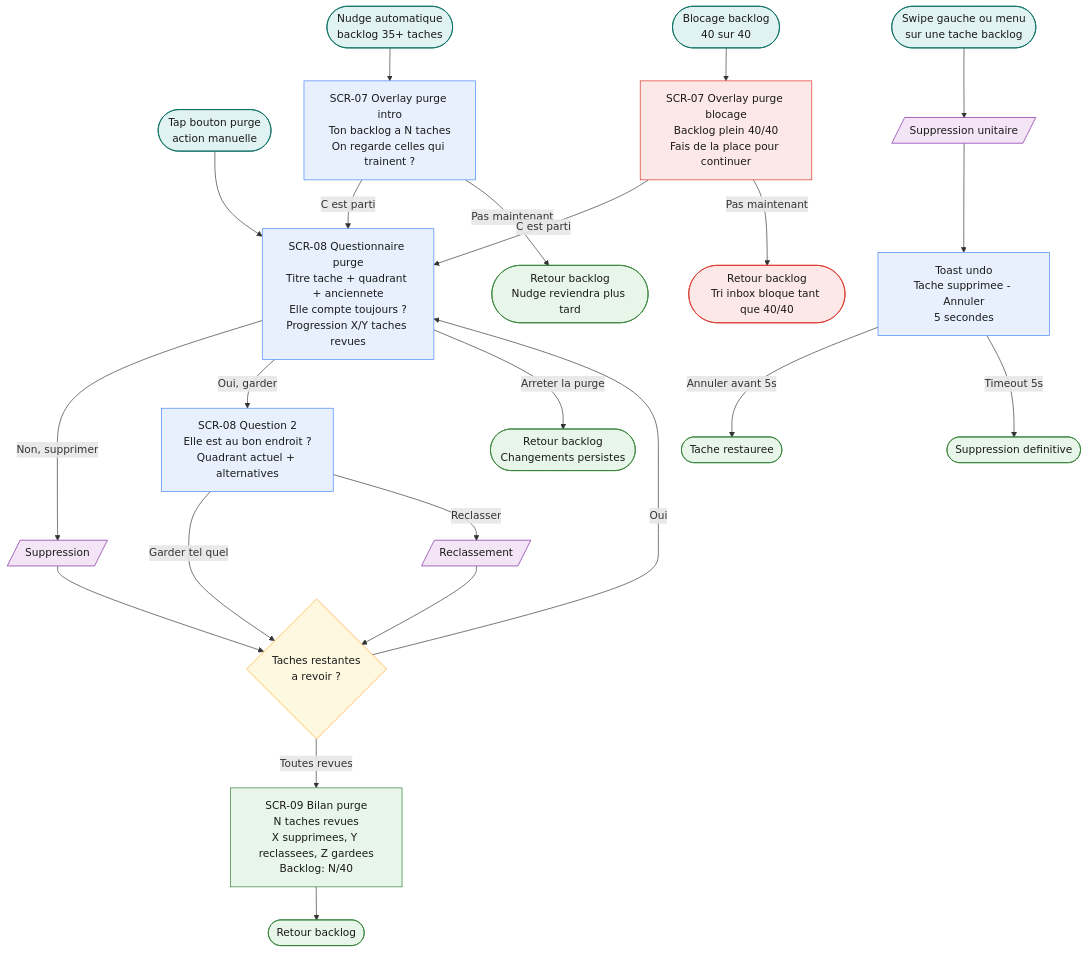
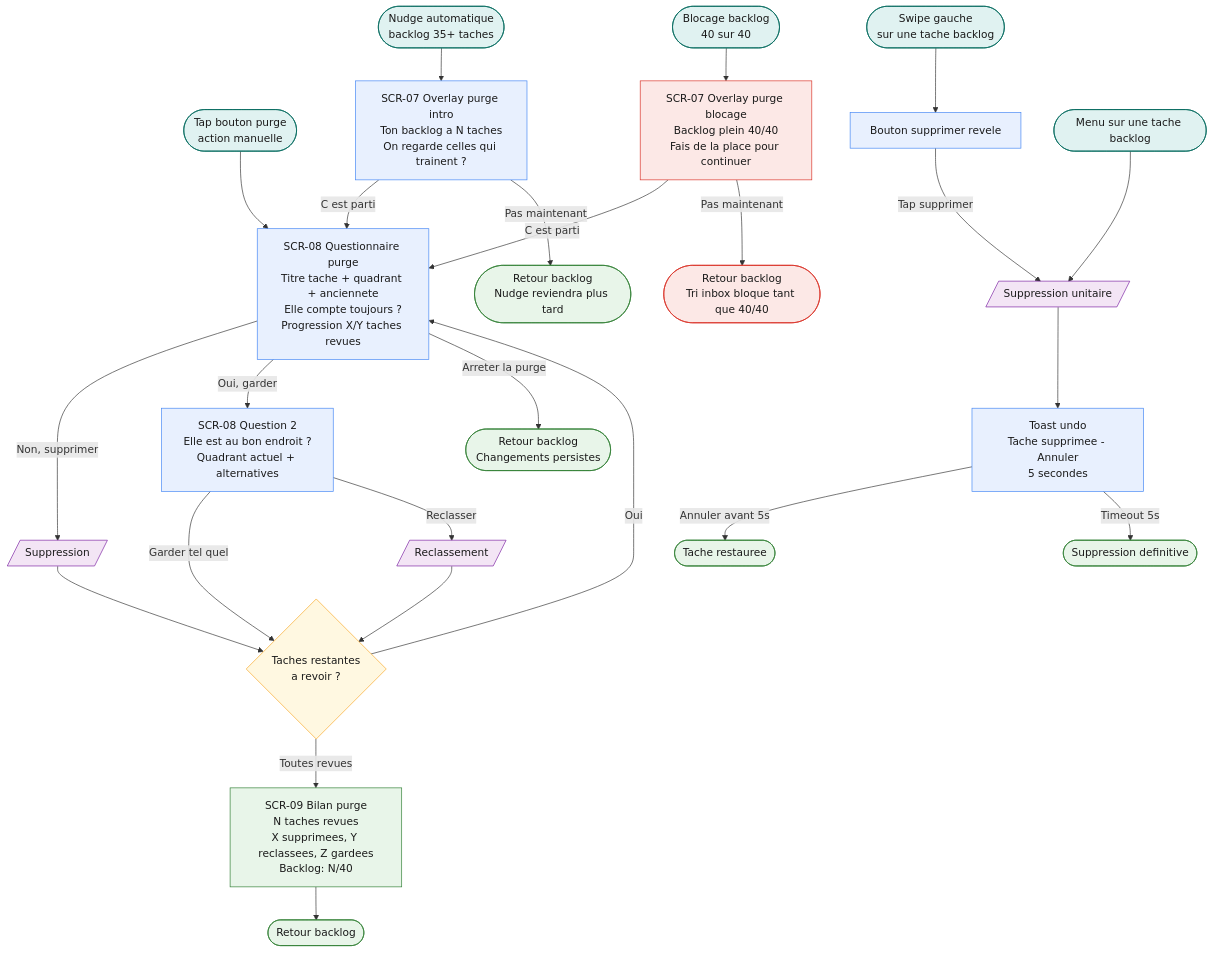
One commit to GB-LD/izh changed the diagram in docs/ux/flows/FLOW-06-purge-backlog.mmd. Above: the diagram before and after it, drawn with Mermaid. The commit also changed 14 other files, not shown here.

Commit message:
feat(backlog): refine swipe-to-delete interaction

```diff
--- a/docs/ux/flows/FLOW-06-purge-backlog.mmd
+++ b/docs/ux/flows/FLOW-06-purge-backlog.mmd
@@ -1,55 +1,58 @@
 flowchart TD
     %% Declencheurs
     TRIG_NUDGE(["Nudge automatique\nbacklog 35+ taches"]):::trigger
     TRIG_BLOCK(["Blocage backlog\n40 sur 40"]):::trigger
     TRIG_MANUAL(["Tap bouton purge\naction manuelle"]):::trigger
 
     TRIG_NUDGE --> SCR07
     TRIG_BLOCK --> SCR07_BLOCK
     TRIG_MANUAL --> SCR08
 
     %% Intro nudge
     SCR07["SCR-07 Overlay purge intro\nTon backlog a N taches\nOn regarde celles qui trainent ?"]:::screen
     SCR07 -->|"C est parti"| SCR08
     SCR07 -->|"Pas maintenant"| DISMISS(["Retour backlog\nNudge reviendra plus tard"]):::success
 
     %% Intro blocage
     SCR07_BLOCK["SCR-07 Overlay purge blocage\nBacklog plein 40/40\nFais de la place pour continuer"]:::error
     SCR07_BLOCK -->|"C est parti"| SCR08
     SCR07_BLOCK -->|"Pas maintenant"| DISMISS_BLOCK(["Retour backlog\nTri inbox bloque tant que 40/40"]):::error
 
     %% Questionnaire tache par tache
     SCR08["SCR-08 Questionnaire purge\nTitre tache + quadrant + anciennete\nElle compte toujours ?\nProgression X/Y taches revues"]:::screen
     SCR08 -->|"Non, supprimer"| DELETE[/"Suppression"/]:::loading
     SCR08 -->|"Oui, garder"| Q2_PURGE
     SCR08 -->|"Arreter la purge"| EARLY_EXIT(["Retour backlog\nChangements persistes"]):::success
 
     Q2_PURGE["SCR-08 Question 2\nElle est au bon endroit ?\nQuadrant actuel + alternatives"]:::screen
     Q2_PURGE -->|"Garder tel quel"| DEC_MORE
     Q2_PURGE -->|"Reclasser"| RECLASS[/"Reclassement"/]:::loading
 
     DELETE --> DEC_MORE
     RECLASS --> DEC_MORE
 
     DEC_MORE{"Taches restantes\na revoir ?"}:::decision
     DEC_MORE -->|"Oui"| SCR08
     DEC_MORE -->|"Toutes revues"| SCR09
 
     %% Bilan
     SCR09["SCR-09 Bilan purge\nN taches revues\nX supprimees, Y reclassees, Z gardees\nBacklog: N/40"]:::success
     SCR09 --> BACK_BL(["Retour backlog"]):::success
 
     %% Purge unitaire hors overlay
-    TRIG_UNIT(["Swipe gauche ou menu\nsur une tache backlog"]):::trigger
-    TRIG_UNIT --> UNIT_DELETE[/"Suppression unitaire"/]:::loading
+    TRIG_UNIT(["Swipe gauche\nsur une tache backlog"]):::trigger
+    TRIG_UNIT --> REVEAL_DELETE["Bouton supprimer revele"]:::screen
+    REVEAL_DELETE -->|"Tap supprimer"| UNIT_DELETE[/"Suppression unitaire"/]:::loading
+    MENU_UNIT(["Menu sur une tache backlog"]):::trigger
+    MENU_UNIT --> UNIT_DELETE
     UNIT_DELETE --> TOAST["Toast undo\nTache supprimee - Annuler\n5 secondes"]:::screen
     TOAST -->|"Annuler avant 5s"| UNDO(["Tache restauree"]):::success
     TOAST -->|"Timeout 5s"| GONE(["Suppression definitive"]):::success
 
     classDef screen   fill:#e8f0fe,stroke:#4285f4,color:#1a1a1a
     classDef decision fill:#fff8e1,stroke:#f9a825,color:#1a1a1a
     classDef error    fill:#fce8e6,stroke:#d93025,color:#1a1a1a
     classDef success  fill:#e8f5e9,stroke:#2e7d32,color:#1a1a1a
     classDef loading  fill:#f3e5f5,stroke:#7b1fa2,color:#1a1a1a
     classDef empty    fill:#f5f5f5,stroke:#9e9e9e,color:#1a1a1a
     classDef trigger  fill:#e0f2f1,stroke:#00695c,color:#1a1a1a
```
